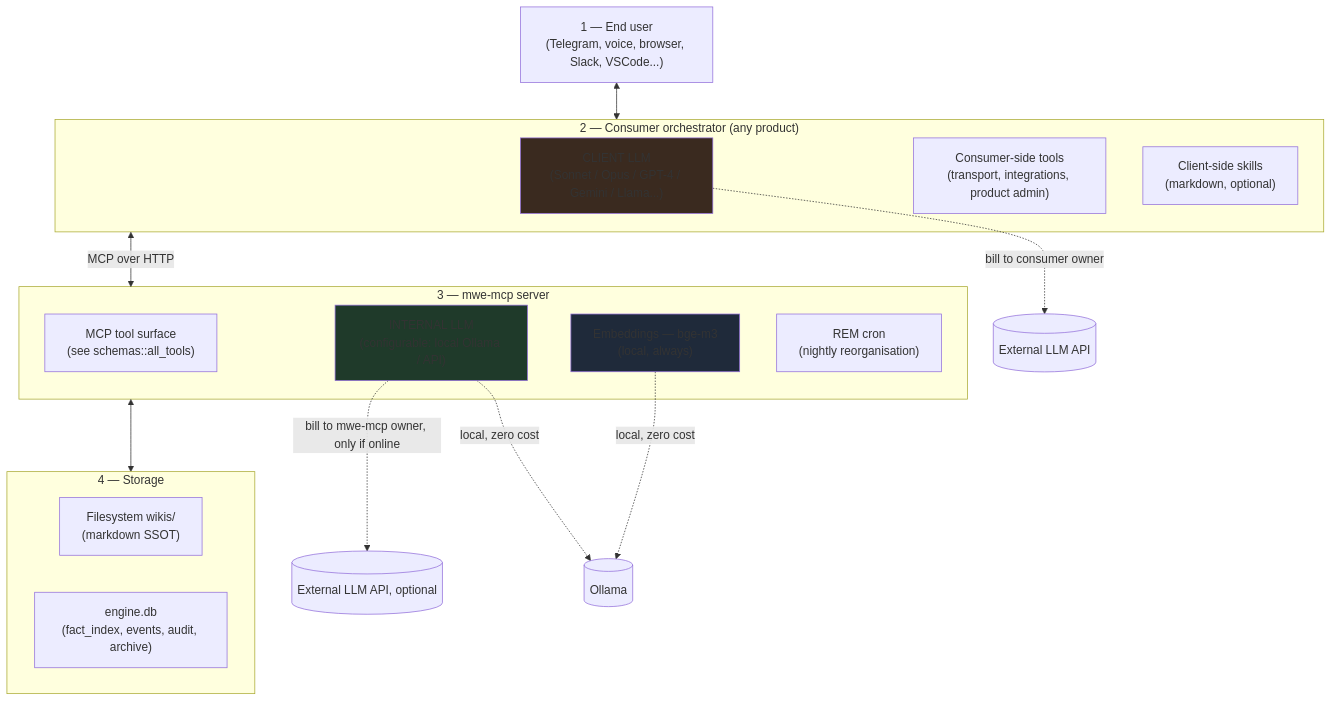
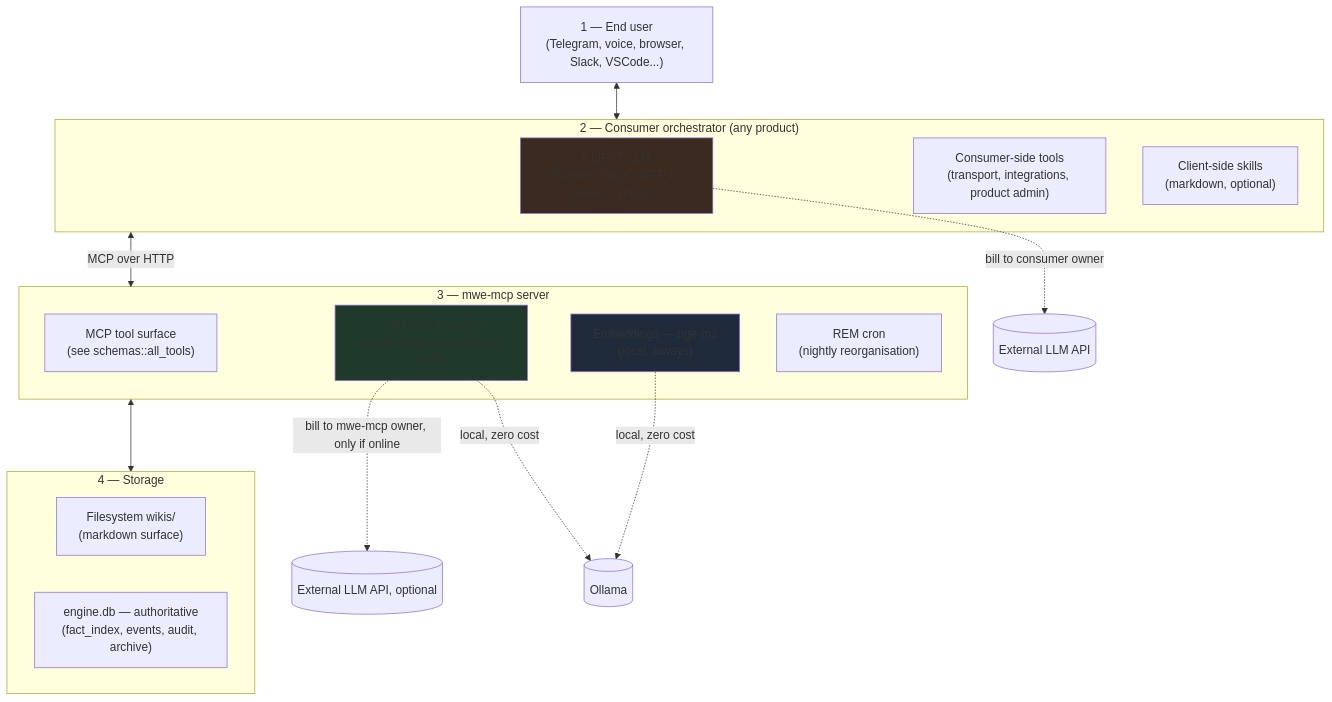
Before and after one commit to Fr4nZ82/mwe-mcp: the first of 3 diagrams in docs/architecture/runtime-topology.md, drawn with Mermaid. The commit also changed other lines of this file and 12 other files, not shown here.

````diff
--- a/docs/architecture/runtime-topology.md
+++ b/docs/architecture/runtime-topology.md
@@ -29,34 +29,34 @@
 ```mermaid
 flowchart TB
     User["1 — End user<br/>(Telegram, voice, browser, Slack, VSCode...)"]
 
     subgraph Consumer["2 — Consumer orchestrator (any product)"]
         ConsumerLLM["CLIENT LLM<br/>(Sonnet / Opus / GPT-4 / Gemini / Llama...)"]
         ConsumerTools["Consumer-side tools<br/>(transport, integrations, product admin)"]
         ConsumerSkills["Client-side skills<br/>(markdown, optional)"]
     end
 
     subgraph MWE["3 — mwe-mcp server"]
         MWETools["MCP tool surface<br/>(see schemas::all_tools)"]
         MWELLM["INTERNAL LLM<br/>(configurable: local Ollama / API)"]
         Embed["Embeddings — bge-m3<br/>(local, always)"]
         Cron["REM cron<br/>(nightly reorganisation)"]
     end
 
     subgraph Storage["4 — Storage"]
-        FS["Filesystem wikis/<br/>(markdown SSOT)"]
-        DB["engine.db<br/>(fact_index, events, audit, archive)"]
+        FS["Filesystem wikis/<br/>(markdown surface)"]
+        DB["engine.db — authoritative<br/>(fact_index, events, audit, archive)"]
     end
 
     User <--> Consumer
     Consumer <-->|MCP over HTTP| MWE
     MWE <--> Storage
     ConsumerLLM -.bill to consumer owner.-> ExtA[("External LLM API")]
     MWELLM -.bill to mwe-mcp owner, only if online.-> ExtB[("External LLM API, optional")]
     MWELLM -.local, zero cost.-> Local[("Ollama")]
     Embed -.local, zero cost.-> Local
 
     style ConsumerLLM fill:#3a2a1f
     style MWELLM fill:#1f3a2a
     style Embed fill:#1f2a3a
 ```
````
